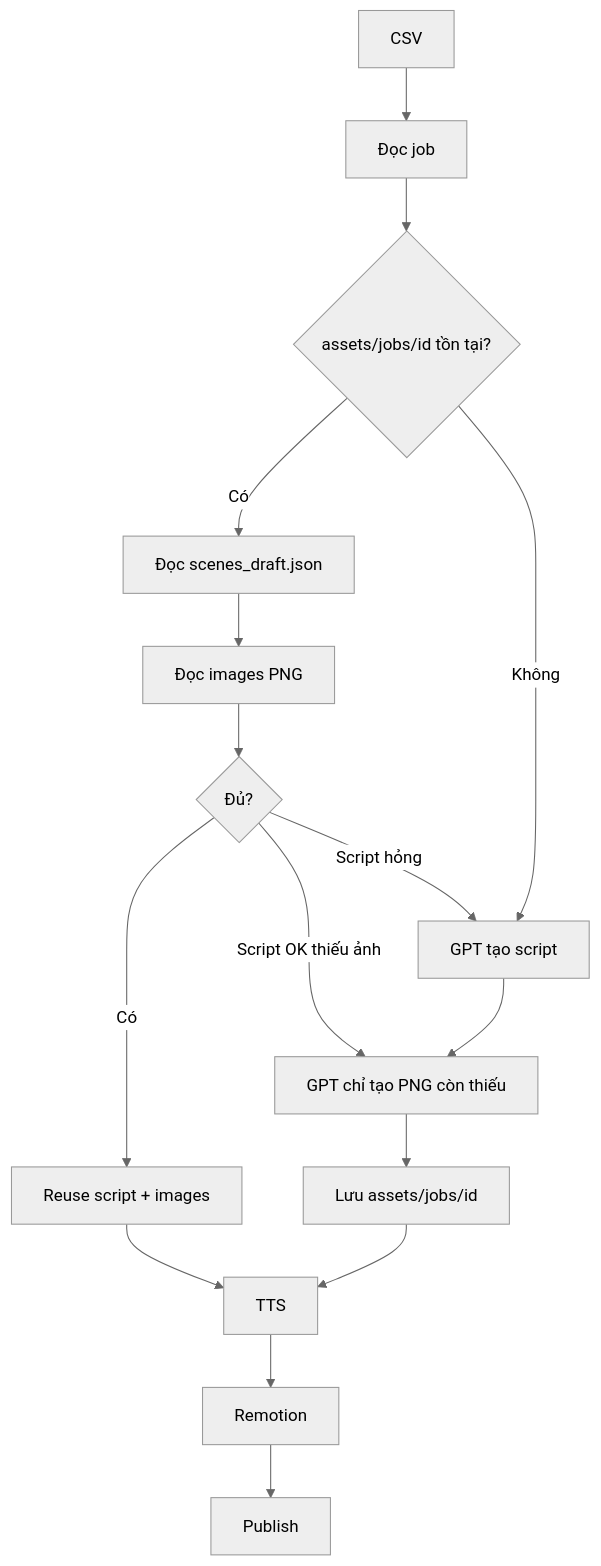
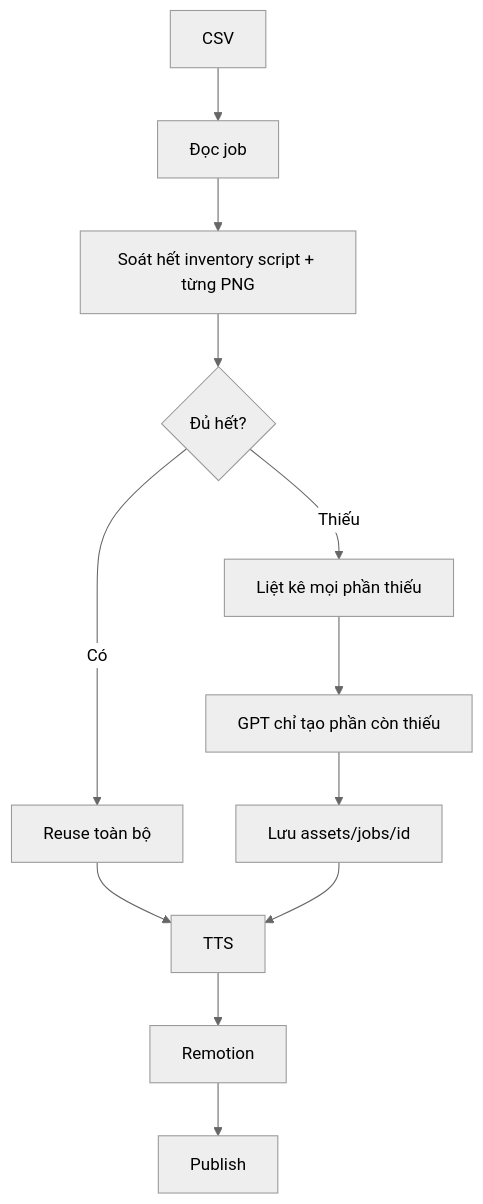
One commit to ducanh12980/Short-form-content-generator changed the second of 2 diagrams in docs/architecture/overview.md. Above: the diagram before and after it, drawn with Mermaid (neutral theme). The commit also changed 7 other files, not shown here.

First line of the commit message:
feat: inventory all job parts before filling gaps

````diff
--- a/docs/architecture/overview.md
+++ b/docs/architecture/overview.md
@@ -59,18 +59,14 @@
 ```mermaid
 flowchart TD
   csv[CSV] --> readJob[Đọc job]
-  readJob --> exists{"assets/jobs/id tồn tại?"}
-  exists -->|Có| readDraft[Đọc scenes_draft.json]
-  readDraft --> readImgs[Đọc images PNG]
-  readImgs --> enough{"Đủ?"}
-  enough -->|Có| reuse[Reuse script + images]
-  enough -->|Script OK thiếu ảnh| fill[GPT chỉ tạo PNG còn thiếu]
-  enough -->|Script hỏng| gptScript[GPT tạo script]
-  exists -->|Không| gptScript
-  gptScript --> fill
+  readJob --> inv[Soát hết inventory script + từng PNG]
+  inv --> enough{"Đủ hết?"}
+  enough -->|Có| reuse[Reuse toàn bộ]
+  enough -->|Thiếu| gaps[Liệt kê mọi phần thiếu]
+  gaps --> fill[GPT chỉ tạo phần còn thiếu]
   fill --> save[Lưu assets/jobs/id]
   reuse --> tts[TTS]
   save --> tts
   tts --> remotion[Remotion]
   remotion --> publish[Publish]
 ```
````
